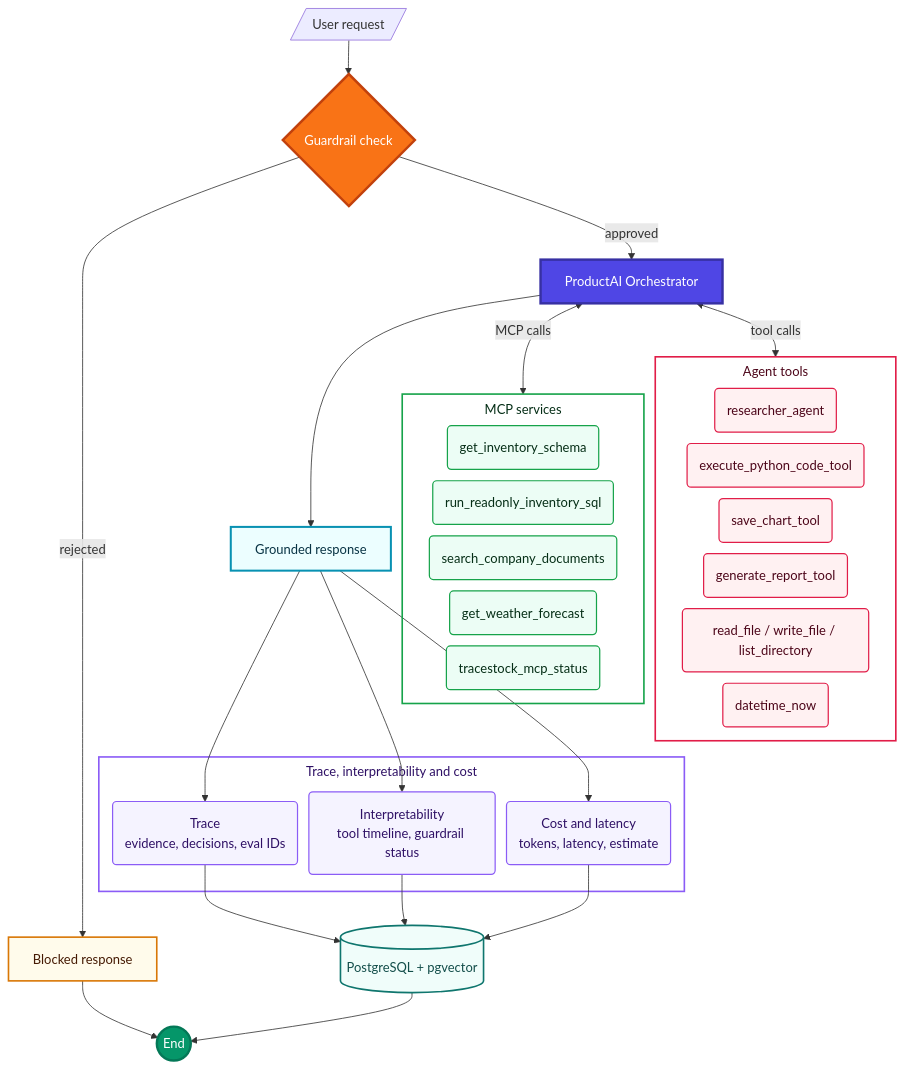
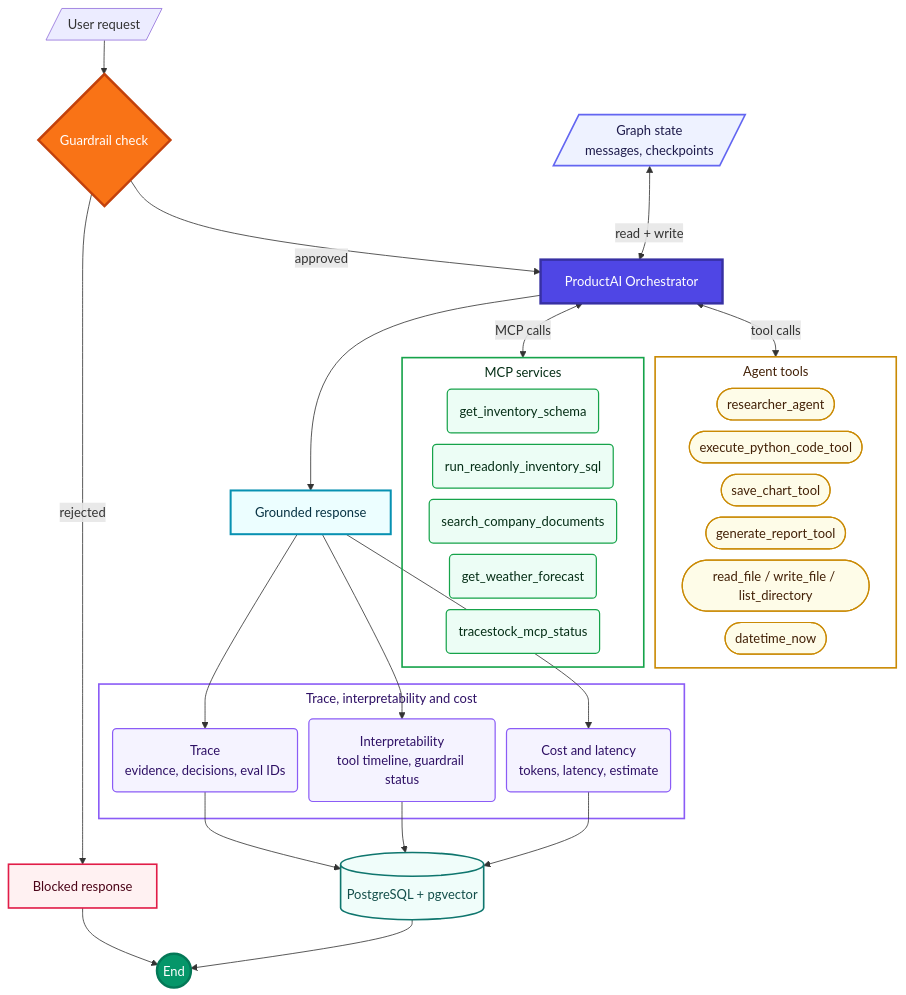
The diagram in frontend/public/generated/productai_agent_full_graph.mmd (badhon1512/DevAnalystAgent), drawn with Mermaid before and after one commit. The commit also changed 3 other files, not shown here.

First line of the commit message:
Add graph state node and restyle tool panel in agent graph

```diff
--- a/frontend/public/generated/productai_agent_full_graph.mmd
+++ b/frontend/public/generated/productai_agent_full_graph.mmd
@@ -1,58 +1,60 @@
 %%{init: {"flowchart": {"nodeSpacing": 14, "rankSpacing": 42, "subGraphTitleMargin": {"top": 6, "bottom": 16}}}}%%
 flowchart TB
     USER[/User request/] --> GUARD{Guardrail check}
     GUARD -->|rejected| BLOCKED[Blocked response]
     GUARD -->|approved| O[ProductAI Orchestrator]
 
+    STATE[/"Graph state<br/>messages, checkpoints"/] <-->|read + write| O
     O <-->|MCP calls| MCP
     O <-->|tool calls| TOOLS
 
     subgraph MCP[MCP services]
         M1("get_inventory_schema"):::mcpNode
         M2("run_readonly_inventory_sql"):::mcpNode
         M3("search_company_documents"):::mcpNode
         M4("get_weather_forecast"):::mcpNode
         M5("tracestock_mcp_status"):::mcpNode
     end
 
     subgraph TOOLS[Agent tools]
-        T1("researcher_agent"):::toolNode
-        T2("execute_python_code_tool"):::toolNode
-        T3("save_chart_tool"):::toolNode
-        T4("generate_report_tool"):::toolNode
-        T5("read_file / write_file / list_directory"):::toolNode
-        T6("datetime_now"):::toolNode
+        T1(["researcher_agent"]):::toolNode
+        T2(["execute_python_code_tool"]):::toolNode
+        T3(["save_chart_tool"]):::toolNode
+        T4(["generate_report_tool"]):::toolNode
+        T5(["read_file / write_file / list_directory"]):::toolNode
+        T6(["datetime_now"]):::toolNode
     end
 
     O --> ANSWER[Grounded response]
 
     subgraph OBS[Trace, interpretability and cost]
         TRACE("Trace<br/>evidence, decisions, eval IDs"):::obsNode
         INTERP("Interpretability<br/>tool timeline, guardrail status"):::obsNode
         COST("Cost and latency<br/>tokens, latency, estimate"):::obsNode
     end
 
     ANSWER --> TRACE
     ANSWER --> INTERP
     ANSWER --> COST
 
     TRACE --> STORE[(PostgreSQL + pgvector)]
     INTERP --> STORE
     COST --> STORE
 
     BLOCKED --> FINISH((End))
     STORE --> FINISH
 
     classDef mcpNode fill:#ECFDF5,stroke:#16A34A,stroke-width:1.5px,color:#052E16
-    classDef toolNode fill:#FFF1F2,stroke:#E11D48,stroke-width:1.5px,color:#4C0519
+    classDef toolNode fill:#FEFCE8,stroke:#CA8A04,stroke-width:1.5px,color:#422006
     classDef obsNode fill:#F5F3FF,stroke:#8B5CF6,stroke-width:1.5px,color:#2E1065
 
     style GUARD fill:#F97316,color:#ffffff,stroke:#C2410C,stroke-width:3px
     style O fill:#4F46E5,color:#ffffff,stroke:#3730A3,stroke-width:3px
+    style STATE fill:#EEF2FF,stroke:#6366F1,stroke-width:2px,color:#1E1B4B
     style ANSWER fill:#ECFEFF,stroke:#0891B2,stroke-width:2.5px,color:#083344
-    style BLOCKED fill:#FFFBEB,stroke:#D97706,stroke-width:2px,color:#451A03
+    style BLOCKED fill:#FFF1F2,stroke:#E11D48,stroke-width:2px,color:#4C0519
     style STORE fill:#F0FDFA,stroke:#0F766E,stroke-width:2px,color:#134E4A
     style FINISH fill:#059669,color:#ffffff,stroke:#047857,stroke-width:3px
     style MCP fill:transparent,stroke:#16A34A,stroke-width:2px,color:#052E16
-    style TOOLS fill:transparent,stroke:#E11D48,stroke-width:2px,color:#4C0519
+    style TOOLS fill:transparent,stroke:#CA8A04,stroke-width:2px,color:#422006
     style OBS fill:transparent,stroke:#8B5CF6,stroke-width:2px,color:#2E1065
```
